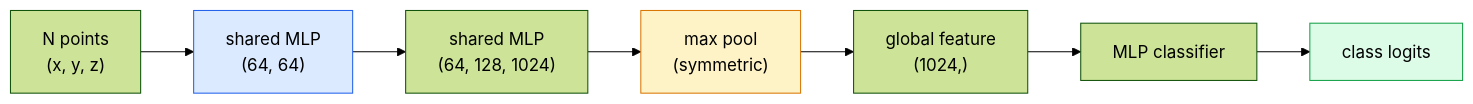
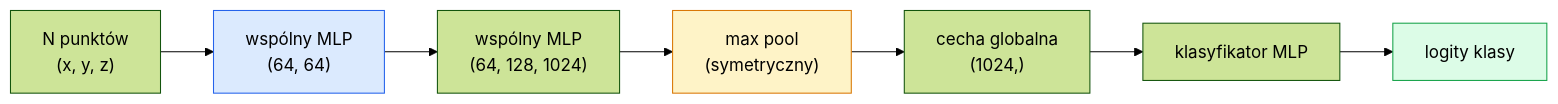
Before and after one commit to hublorx/ai-engineering-from-scratch: the diagram in phases/04-computer-vision/13-3d-vision-nerf/docs/en.md, drawn with Mermaid (forest theme). The commit also changed other lines of this file and 27 other files, not shown here.

````diff
--- a/phases/04-computer-vision/13-3d-vision-nerf/docs/en.md
+++ b/phases/04-computer-vision/13-3d-vision-nerf/docs/en.md
@@ -55,13 +55,13 @@
 ```mermaid
 flowchart LR
-    PTS["N points<br/>(x, y, z)"] --> MLP1["shared MLP<br/>(64, 64)"]
-    MLP1 --> MLP2["shared MLP<br/>(64, 128, 1024)"]
-    MLP2 --> MAX["max pool<br/>(symmetric)"]
-    MAX --> FEAT["global feature<br/>(1024,)"]
-    FEAT --> FC["MLP classifier"]
-    FC --> CLS["class logits"]
+    PTS["N punktów<br/>(x, y, z)"] --> MLP1["wspólny MLP<br/>(64, 64)"]
+    MLP1 --> MLP2["wspólny MLP<br/>(64, 128, 1024)"]
+    MLP2 --> MAX["max pool<br/>(symetryczny)"]
+    MAX --> FEAT["cecha globalna<br/>(1024,)"]
+    FEAT --> FC["klasyfikator MLP"]
+    FC --> CLS["logity klasy"]
 
     style MLP1 fill:#dbeafe,stroke:#2563eb
     style MAX fill:#fef3c7,stroke:#d97706
     style CLS fill:#dcfce7,stroke:#16a34a
 ```
````
